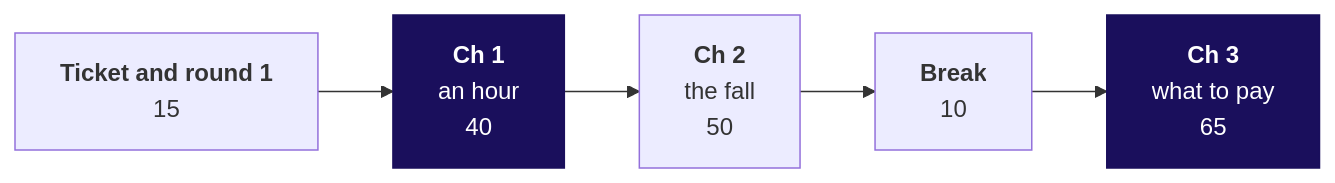
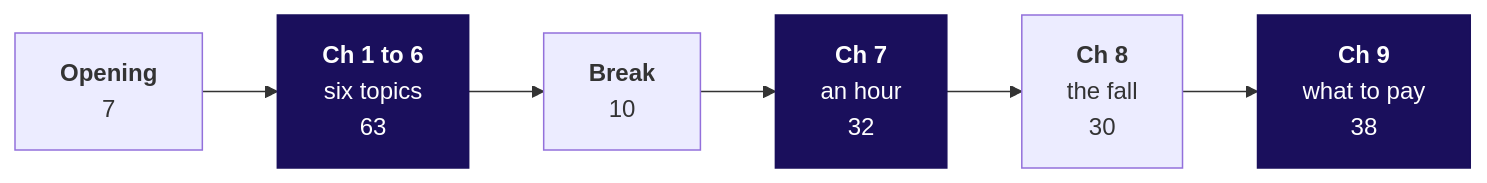
One commit to fde-academy-lab/c2-content-factory changed the second of 2 diagrams in content/W04/D1/trainer/C2_W04_D01_day_sheet_TRAINER.md. Above: the diagram before and after it, drawn with Mermaid. The commit also changed other lines of this file and 7 other files, not shown here.

````diff
--- a/content/W04/D1/trainer/C2_W04_D01_day_sheet_TRAINER.md
+++ b/content/W04/D1/trainer/C2_W04_D01_day_sheet_TRAINER.md
@@ -81,6 +182,6 @@
 ```mermaid
 flowchart LR
-    T["<b>Ticket and round 1</b><br/>15"] --> C1["<b>Ch 1</b><br/>an hour<br/>40"] --> C2["<b>Ch 2</b><br/>the fall<br/>50"] --> B["<b>Break</b><br/>10"] --> C3["<b>Ch 3</b><br/>what to pay<br/>65"]
+    O["<b>Opening</b><br/>7"] --> K["<b>Ch 1 to 6</b><br/>six topics<br/>63"] --> B["<b>Break</b><br/>10"] --> C7["<b>Ch 7</b><br/>an hour<br/>32"] --> C8["<b>Ch 8</b><br/>the fall<br/>30"] --> C9["<b>Ch 9</b><br/>what to pay<br/>38"]
     classDef core fill:#1A0F5C,stroke:#1A0F5C,color:#FFFFFF
-    class C1,C3 core
+    class K,C7,C9 core
 ```
````
